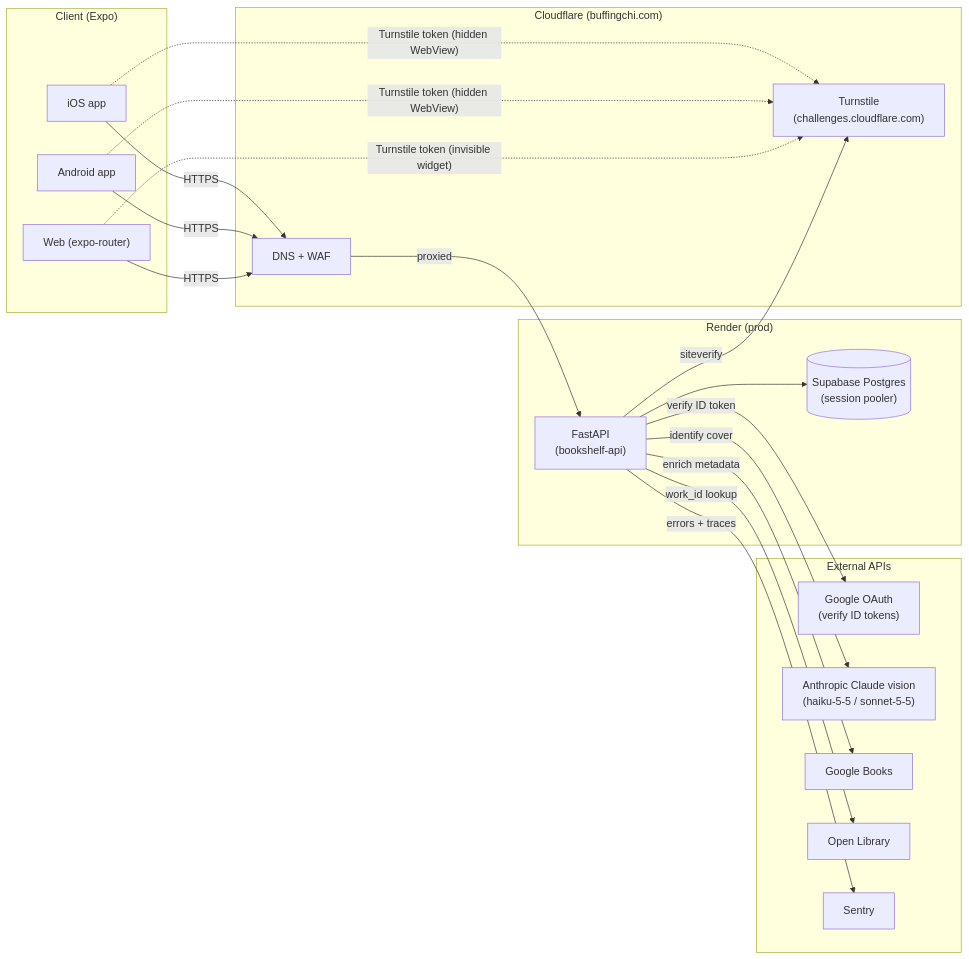
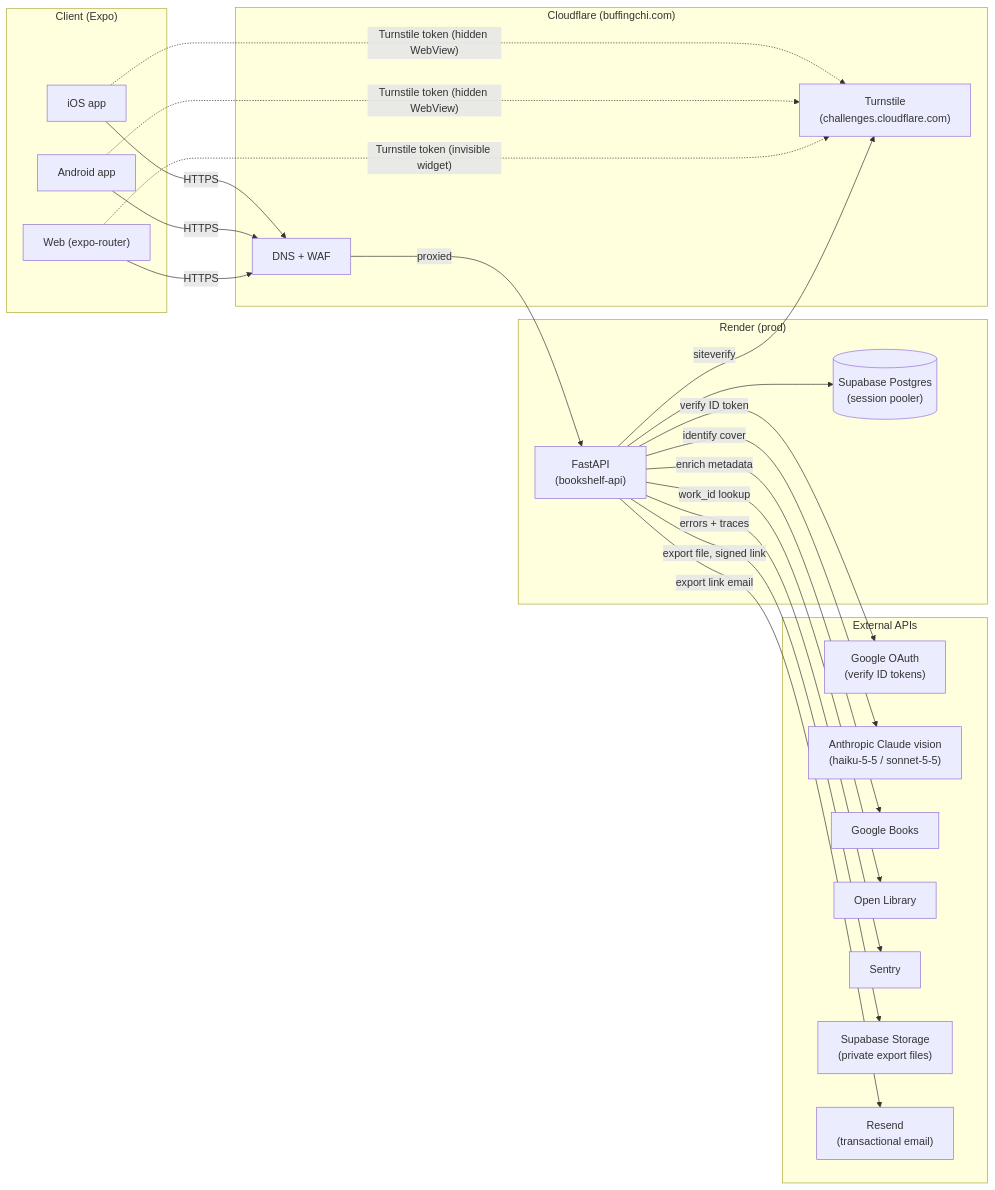
The diagram in docs/architecture.md (wcmchenry3-stack/BookshelfAI), drawn with Mermaid before and after one commit. The commit also changed other lines of this file and 24 other files, not shown here.

First line of the commit message:
fix(api): make account export delivery durable, fenced and idempotent (#694)

````diff
--- a/docs/architecture.md
+++ b/docs/architecture.md
@@ -7,46 +7,52 @@
 ```mermaid
 flowchart LR
   subgraph Client["Client (Expo)"]
     iOS["iOS app"]
     Android["Android app"]
     Web["Web (expo-router)"]
   end
 
   subgraph CF["Cloudflare (buffingchi.com)"]
     DNS["DNS + WAF"]
     Turnstile["Turnstile
 (challenges.cloudflare.com)"]
   end
 
   subgraph Render["Render (prod)"]
     API["FastAPI
 (bookshelf-api)"]
     DB[("Supabase Postgres
 (session pooler)")]
   end
 
   subgraph External["External APIs"]
     GoogleOAuth["Google OAuth
 (verify ID tokens)"]
     Claude["Anthropic Claude vision
 (haiku-5-5 / sonnet-5-5)"]
     GoogleBooks["Google Books"]
     OpenLib["Open Library"]
     Sentry["Sentry"]
+    Storage["Supabase Storage
+(private export files)"]
+    Resend["Resend
+(transactional email)"]
   end
 
   iOS -- HTTPS --> DNS
   Android -- HTTPS --> DNS
   Web -- HTTPS --> DNS
   DNS -- proxied --> API
   API --> DB
   API -- verify ID token --> GoogleOAuth
   API -- identify cover --> Claude
   API -- enrich metadata --> GoogleBooks
   API -- work_id lookup --> OpenLib
   API -- errors + traces --> Sentry
+  API -- export file, signed link --> Storage
+  API -- export link email --> Resend
   iOS -. Turnstile token (hidden WebView) .-> Turnstile
   Android -. Turnstile token (hidden WebView) .-> Turnstile
   Web -. Turnstile token (invisible widget) .-> Turnstile
   API -- siteverify --> Turnstile
 ```
````
